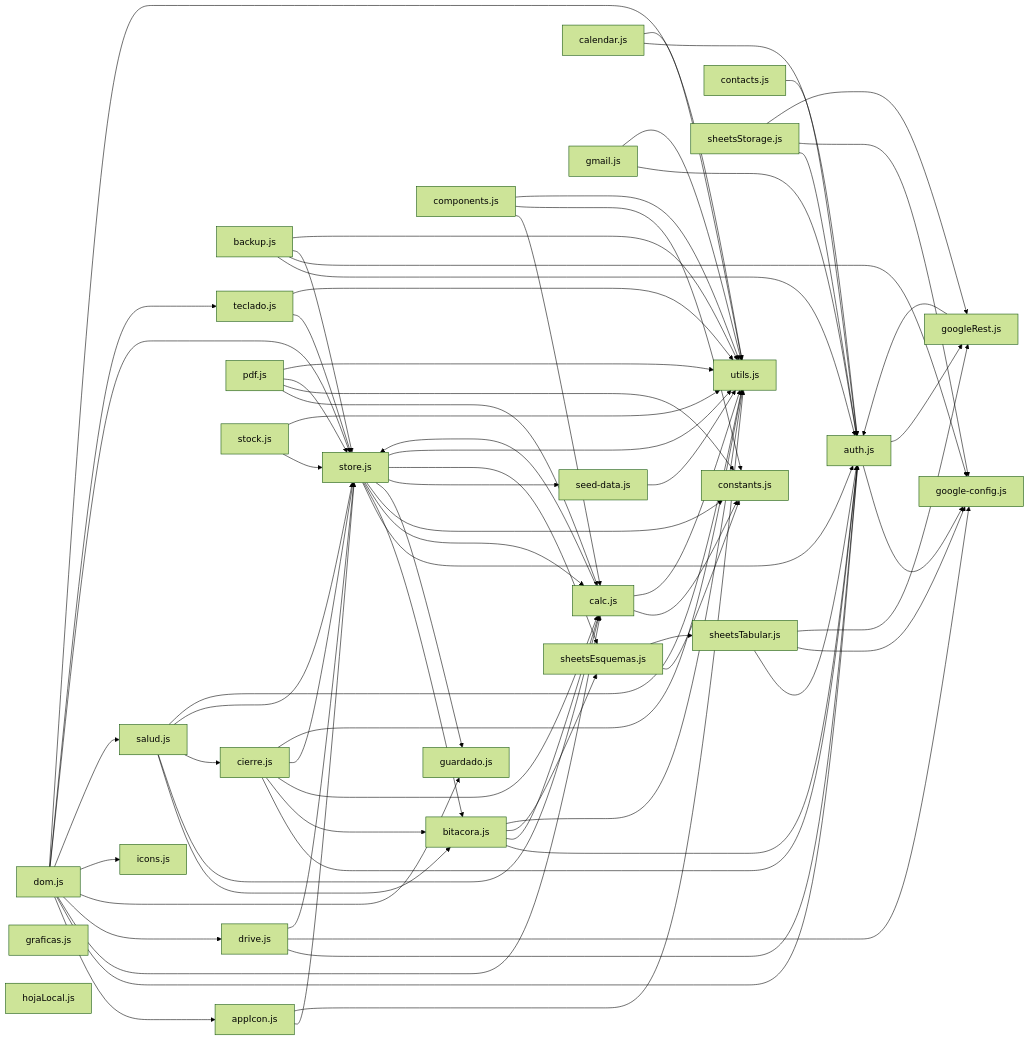
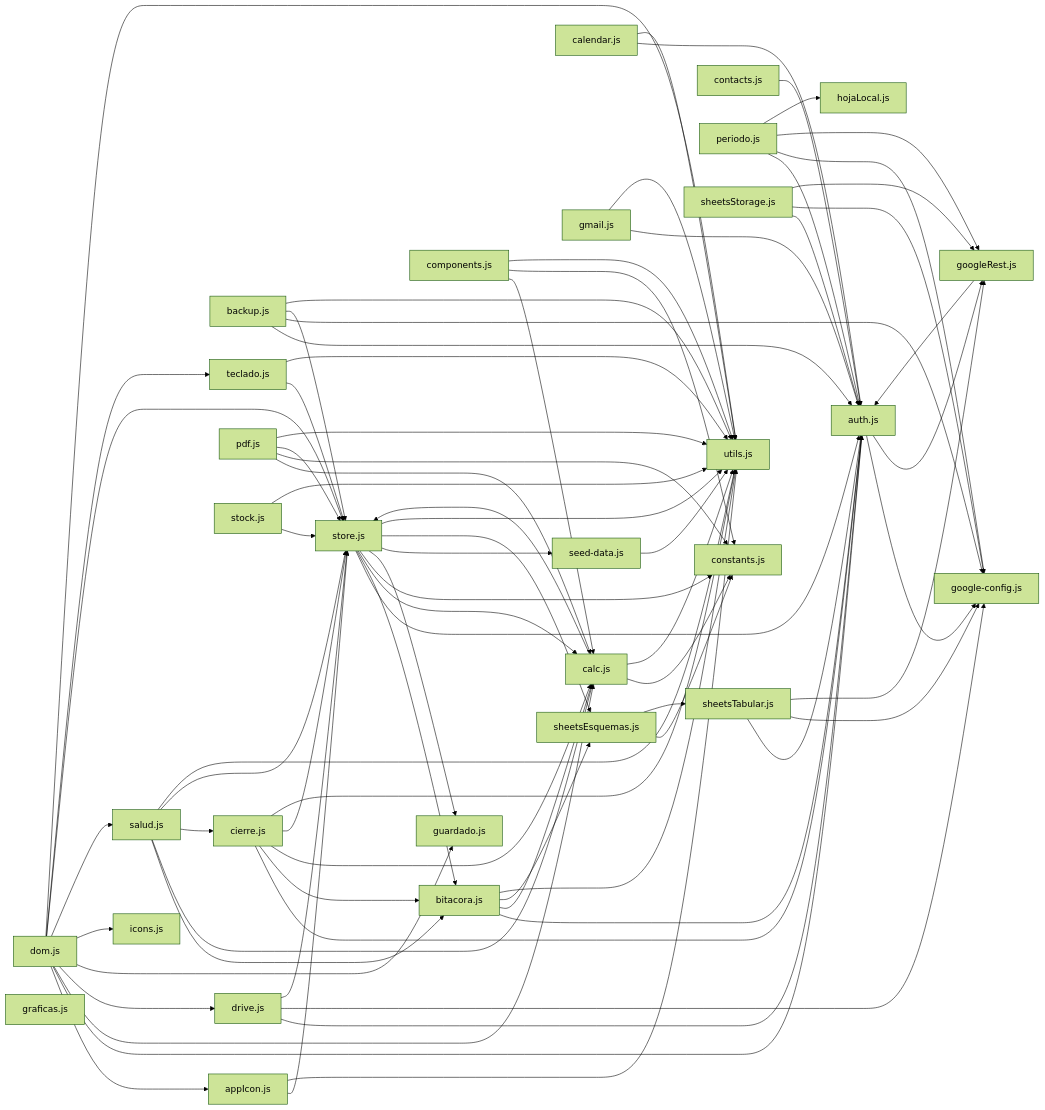
One commit to Bourskill/TALLER changed the second of 3 diagrams in docs/MAPA-DEL-CODIGO.md. Above: the diagram before and after it, drawn with Mermaid (forest theme). The commit also changed other lines of this file and 12 other files, not shown here.

First line of the commit message:
Boton Empezar periodo nuevo: archiva la hoja completa en Drive y arranca sin pedidos ni movimientos

```diff
--- a/docs/MAPA-DEL-CODIGO.md
+++ b/docs/MAPA-DEL-CODIGO.md
@@ -65,6 +65,7 @@
   core_hojaLocal_js["hojaLocal.js"]
   core_icons_js["icons.js"]
   core_pdf_js["pdf.js"]
+  core_periodo_js["periodo.js"]
   core_salud_js["salud.js"]
   core_seed_data_js["seed-data.js"]
   core_sheetsEsquemas_js["sheetsEsquemas.js"]
@@ -120,6 +121,10 @@
   core_pdf_js --> core_constants_js
   core_pdf_js --> core_store_js
   core_pdf_js --> core_utils_js
+  core_periodo_js --> core_auth_js
+  core_periodo_js --> core_google_config_js
+  core_periodo_js --> core_googleRest_js
+  core_periodo_js --> core_hojaLocal_js
   core_salud_js --> core_bitacora_js
   core_salud_js --> core_calc_js
   core_salud_js --> core_cierre_js
```
